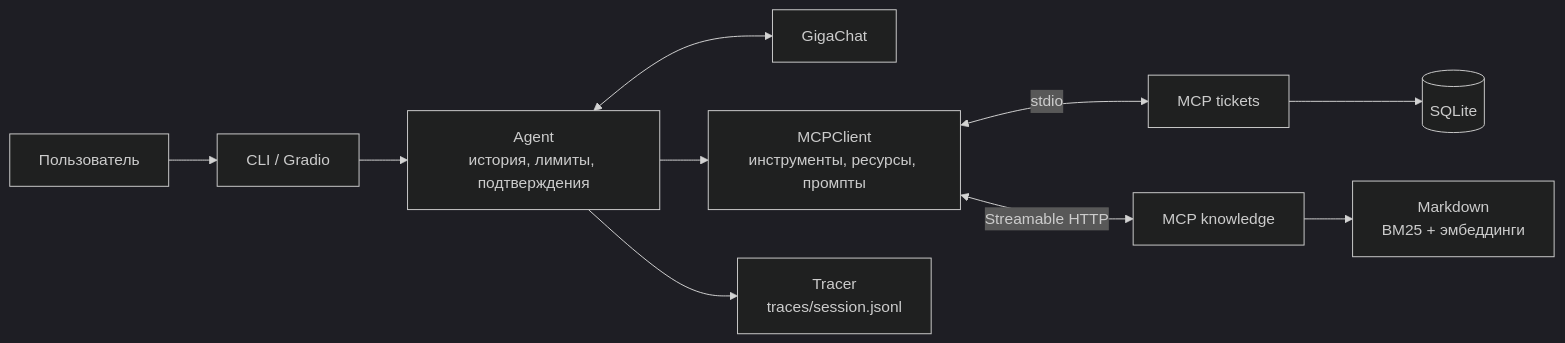
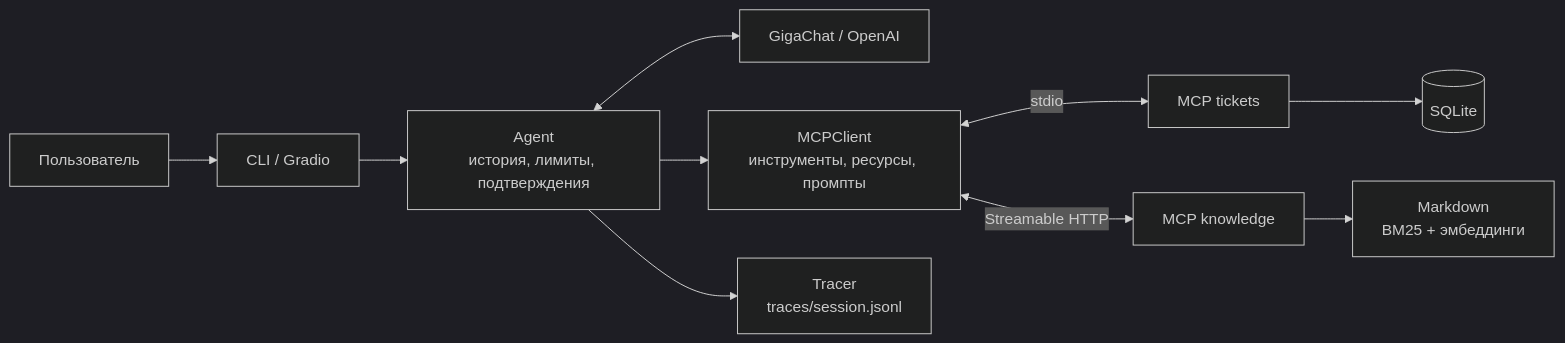
The diagram in README.md (ovmold/mcp_assistant), drawn with Mermaid (dark theme) before and after one commit. The commit also changed other lines of this file and 11 other files, not shown here.

Commit message:
Add OpenAI provider support and clarify GigaChat client naming

````diff
--- a/README.md
+++ b/README.md
@@ -91,12 +104,12 @@
 ```mermaid
 flowchart LR
     User[Пользователь] --> UI[CLI / Gradio]
     UI --> Agent[Agent<br/>история, лимиты, подтверждения]
-    Agent <--> LLM[GigaChat]
+    Agent <--> LLM[GigaChat / OpenAI]
     Agent --> MCP[MCPClient<br/>инструменты, ресурсы, промпты]
     MCP <-->|stdio| Tickets[MCP tickets]
     MCP <-->|Streamable HTTP| Knowledge[MCP knowledge]
     Tickets --> DB[(SQLite)]
     Knowledge --> KB[Markdown<br/>BM25 + эмбеддинги]
     Agent --> Tracer[Tracer<br/>traces/session.jsonl]
 ```
````
